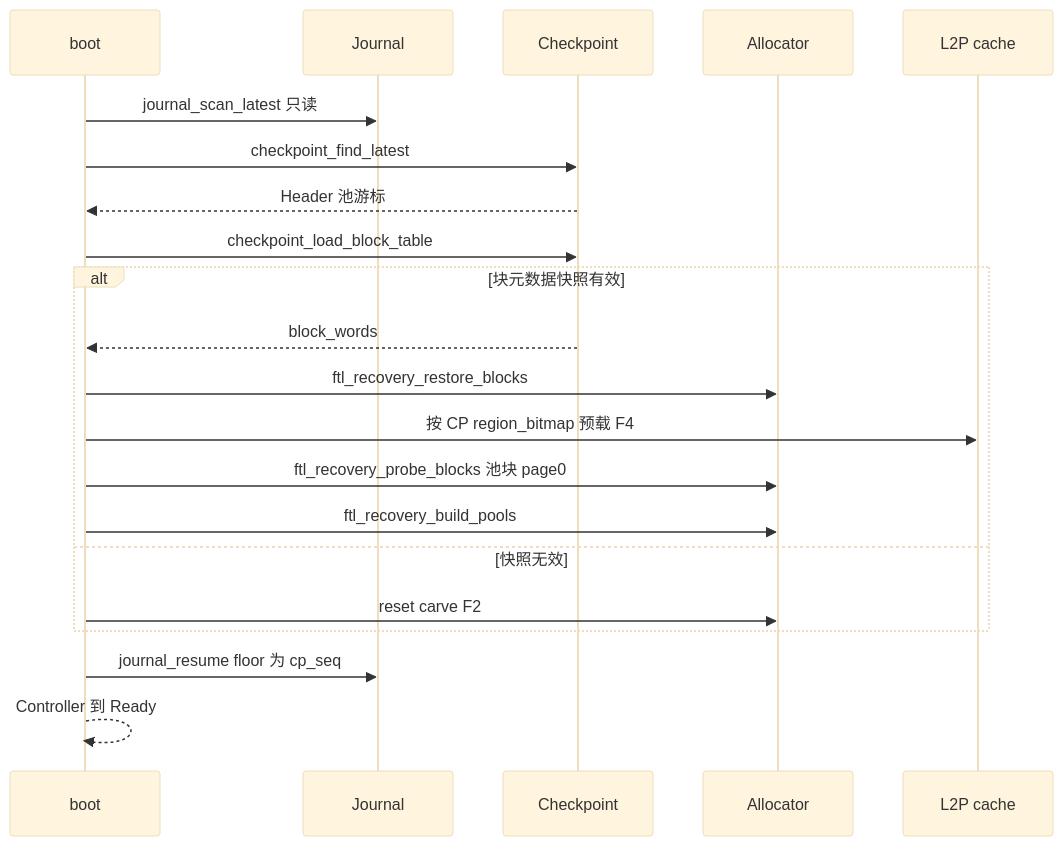
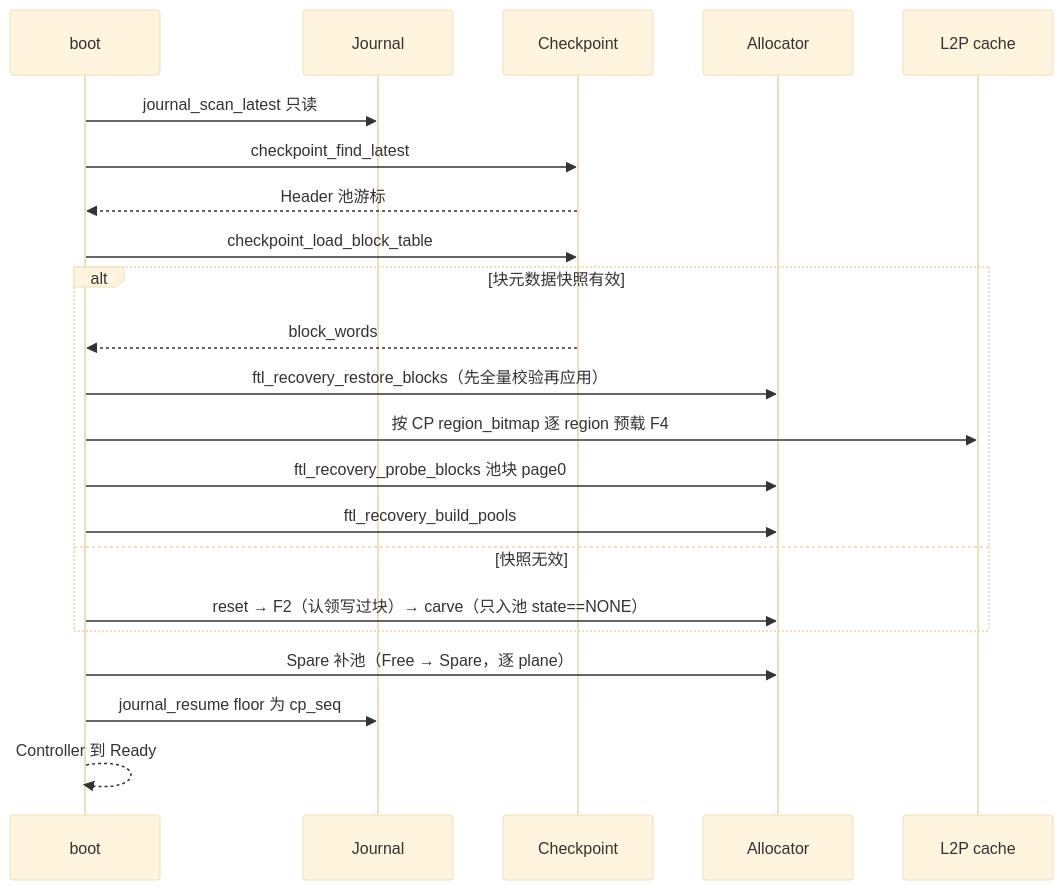
Before and after one commit to YzYMIAO/BASESSD: diagram 24 of 32 in docs/design/ftl_design.md, drawn with Mermaid (base theme). The commit also changed other lines of this file and 17 other files, not shown here.

````diff
--- a/docs/design/ftl_design.md
+++ b/docs/design/ftl_design.md
@@ -3375,24 +3406,25 @@
 ```mermaid
 sequenceDiagram
     participant B as boot
     participant J as Journal
     participant C as Checkpoint
     participant A as Allocator
     participant L as L2P cache
 
     B->>J: journal_scan_latest 只读
     B->>C: checkpoint_find_latest
     C-->>B: Header 池游标
     B->>C: checkpoint_load_block_table
     alt 块元数据快照有效
         C-->>B: block_words
-        B->>A: ftl_recovery_restore_blocks
-        B->>L: 按 CP region_bitmap 预载 F4
+        B->>A: ftl_recovery_restore_blocks（先全量校验再应用）
+        B->>L: 按 CP region_bitmap 逐 region 预载 F4
         B->>A: ftl_recovery_probe_blocks 池块 page0
         B->>A: ftl_recovery_build_pools
     else 快照无效
-        B->>A: reset carve F2
+        B->>A: reset → F2（认领写过块）→ carve（只入池 state==NONE）
     end
+    B->>A: Spare 补池（Free → Spare，逐 plane）
     B->>J: journal_resume floor 为 cp_seq
     B-->>B: Controller 到 Ready
 ```
````
